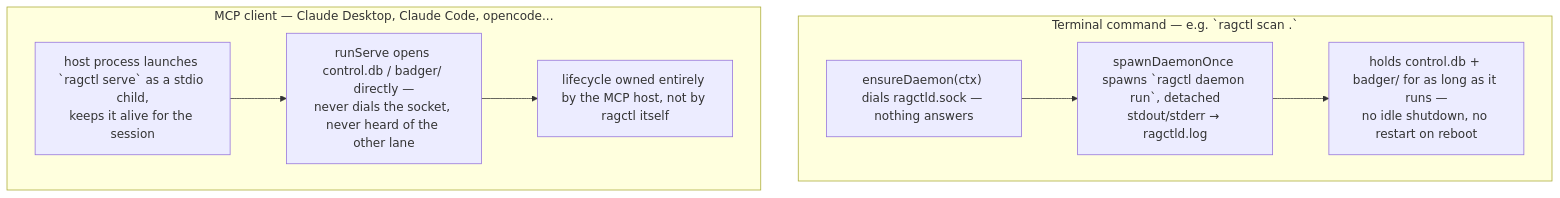
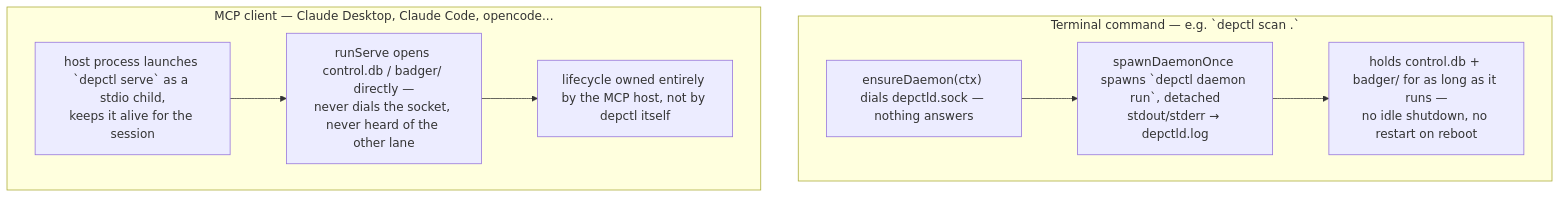
One commit to aleutian-ai/depctl changed the first of 3 diagrams in docs/scratch/daemon-mcp-topology.md. Above: the diagram before and after it, drawn with Mermaid. The commit also changed other lines of this file and 588 other files, not shown here.

Commit message:
Rename ragctl to depctl: binary, module github.com/aleutian-ai/depctl, paths, env vars, metrics, MCP name, docs

````diff
--- a/docs/scratch/daemon-mcp-topology.md
+++ b/docs/scratch/daemon-mcp-topology.md
@@ -11,16 +11,16 @@
 ```mermaid
 flowchart TB
-    subgraph cli["Terminal command — e.g. `ragctl scan .`"]
-        C1["ensureDaemon(ctx) dials ragctld.sock — nothing answers"]
-        C2["spawnDaemonOnce spawns `ragctl daemon run`, detached<br/>stdout/stderr → ragctld.log"]
+    subgraph cli["Terminal command — e.g. `depctl scan .`"]
+        C1["ensureDaemon(ctx) dials depctld.sock — nothing answers"]
+        C2["spawnDaemonOnce spawns `depctl daemon run`, detached<br/>stdout/stderr → depctld.log"]
         C3["holds control.db + badger/ for as long as it runs —<br/>no idle shutdown, no restart on reboot"]
         C1 --> C2 --> C3
     end
 
     subgraph mcp["MCP client — Claude Desktop, Claude Code, opencode..."]
-        M1["host process launches `ragctl serve` as a stdio child,<br/>keeps it alive for the session"]
+        M1["host process launches `depctl serve` as a stdio child,<br/>keeps it alive for the session"]
         M2["runServe opens control.db / badger/ directly —<br/>never dials the socket, never heard of the other lane"]
-        M3["lifecycle owned entirely by the MCP host, not by ragctl itself"]
+        M3["lifecycle owned entirely by the MCP host, not by depctl itself"]
         M1 --> M2 --> M3
     end
 ```
````
